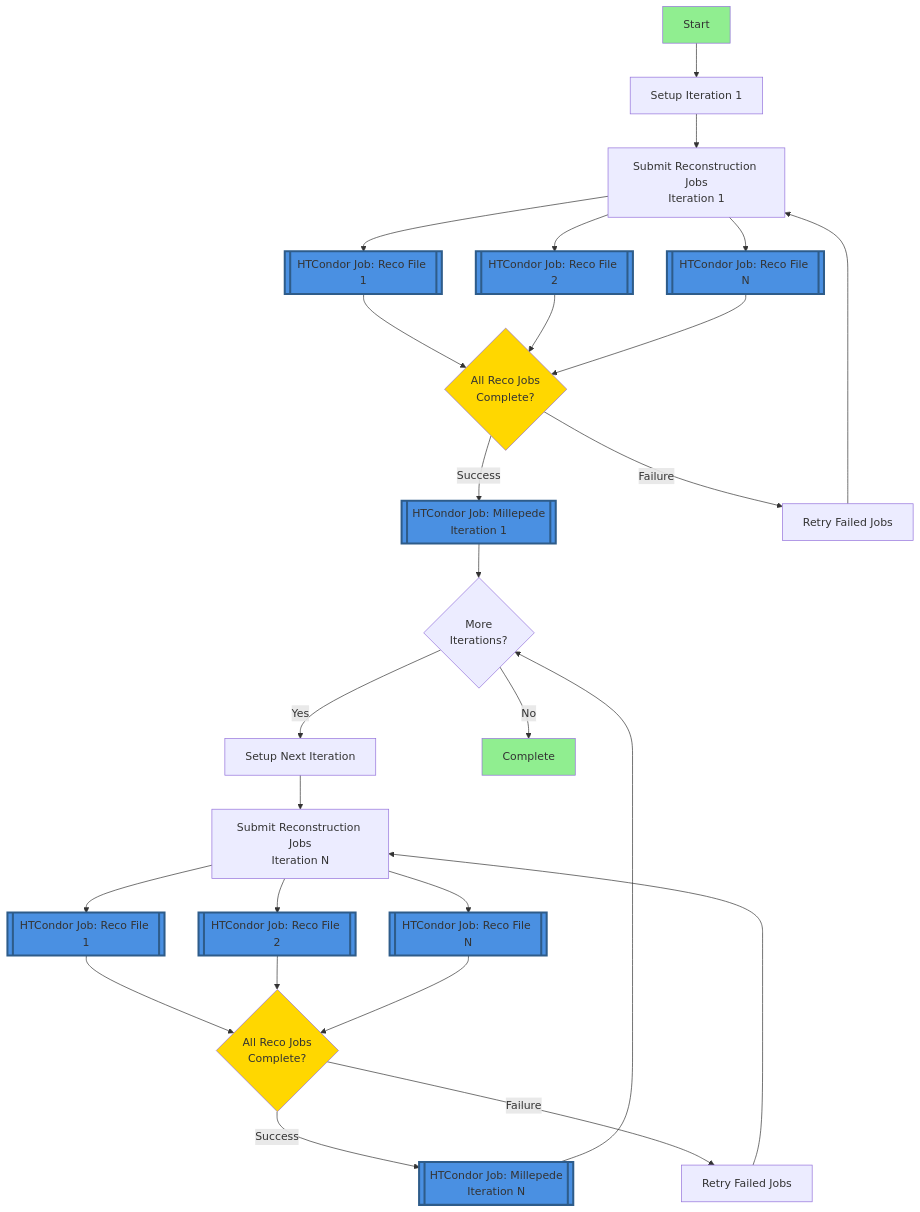
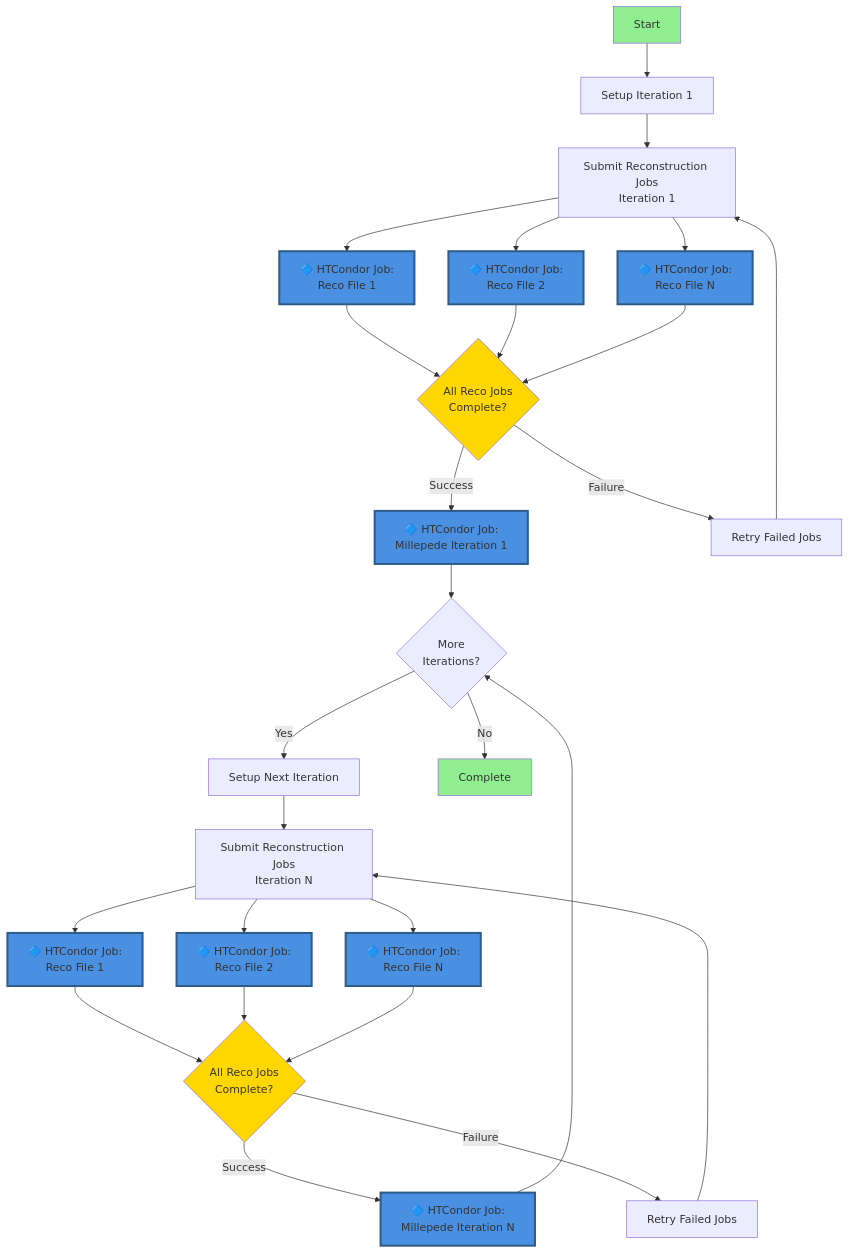
The diagram in README.md (shunliang233/alignment), drawn with Mermaid before and after one commit. The commit also changed 3 other files, not shown here.

Commit message:
Fix Mermaid syntax error and add diagram validation test

````diff
--- a/README.md
+++ b/README.md
@@ -176,41 +176,41 @@
 ```mermaid
 graph TD
     A[Start] --> B[Setup Iteration 1]
     B --> C[Submit Reconstruction Jobs<br/>Iteration 1]
-    C --> C1[["HTCondor Job: Reco File 1"]]
-    C --> C2[["HTCondor Job: Reco File 2"]]
-    C --> C3[["HTCondor Job: Reco File N"]]
+    C --> C1["🔷 HTCondor Job:<br/>Reco File 1"]
+    C --> C2["🔷 HTCondor Job:<br/>Reco File 2"]
+    C --> C3["🔷 HTCondor Job:<br/>Reco File N"]
     C1 --> D{All Reco Jobs<br/>Complete?}
     C2 --> D
     C3 --> D
-    D -->|Success| E[["HTCondor Job: Millepede<br/>Iteration 1"]]
+    D -->|Success| E["🔷 HTCondor Job:<br/>Millepede Iteration 1"]
     D -->|Failure| F[Retry Failed Jobs]
     F --> C
     E --> G{More<br/>Iterations?}
     G -->|Yes| H[Setup Next Iteration]
     H --> I[Submit Reconstruction Jobs<br/>Iteration N]
-    I --> I1[["HTCondor Job: Reco File 1"]]
-    I --> I2[["HTCondor Job: Reco File 2"]]
-    I --> I3[["HTCondor Job: Reco File N"]]
+    I --> I1["🔷 HTCondor Job:<br/>Reco File 1"]
+    I --> I2["🔷 HTCondor Job:<br/>Reco File 2"]
+    I --> I3["🔷 HTCondor Job:<br/>Reco File N"]
     I1 --> J{All Reco Jobs<br/>Complete?}
     I2 --> J
     I3 --> J
-    J -->|Success| K[["HTCondor Job: Millepede<br/>Iteration N"]]
+    J -->|Success| K["🔷 HTCondor Job:<br/>Millepede Iteration N"]
     J -->|Failure| L[Retry Failed Jobs]
     L --> I
     K --> G
     G -->|No| M[Complete]
     
     style A fill:#90EE90
     style M fill:#90EE90
     style C1 fill:#4A90E2,stroke:#2E5C8A,stroke-width:3px
     style C2 fill:#4A90E2,stroke:#2E5C8A,stroke-width:3px
     style C3 fill:#4A90E2,stroke:#2E5C8A,stroke-width:3px
     style E fill:#4A90E2,stroke:#2E5C8A,stroke-width:3px
     style I1 fill:#4A90E2,stroke:#2E5C8A,stroke-width:3px
     style I2 fill:#4A90E2,stroke:#2E5C8A,stroke-width:3px
     style I3 fill:#4A90E2,stroke:#2E5C8A,stroke-width:3px
     style K fill:#4A90E2,stroke:#2E5C8A,stroke-width:3px
     style D fill:#FFD700
     style J fill:#FFD700
 ```
````
